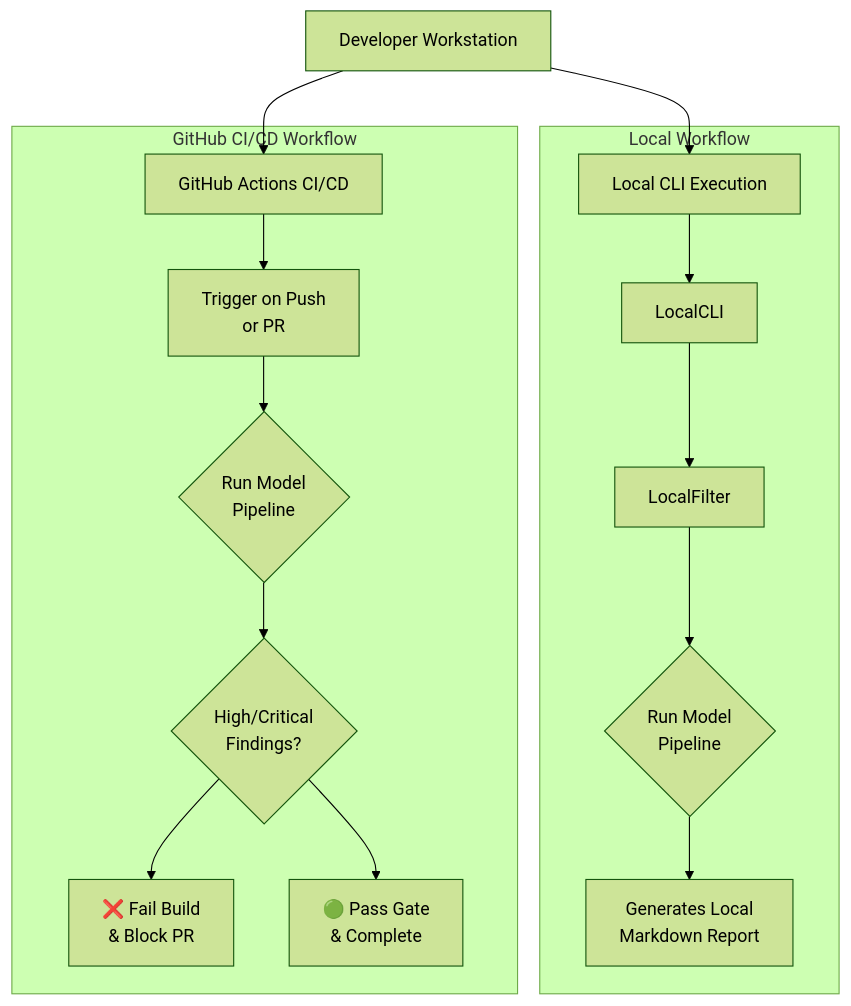
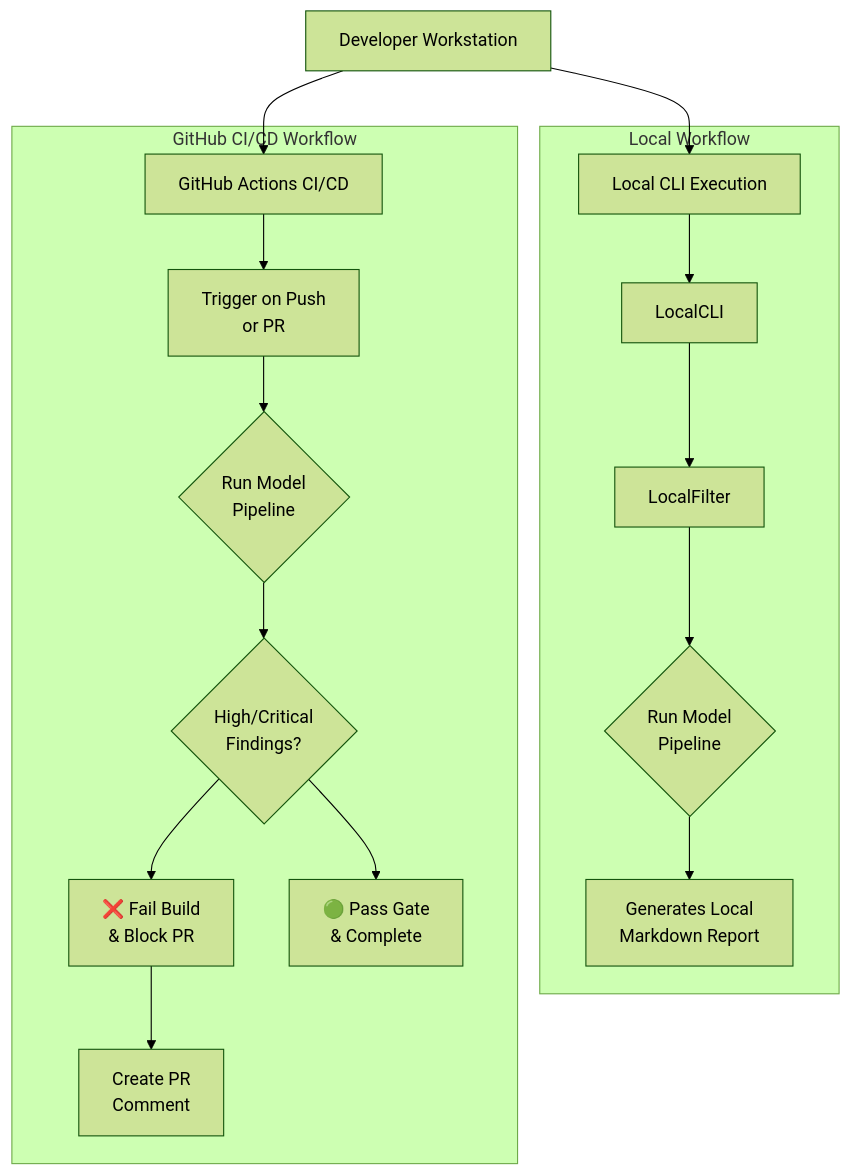
The diagram in README.md (donaldlew/Ai-Scanner), drawn with Mermaid (forest theme) before and after one commit.

````diff
--- a/README.md
+++ b/README.md
@@ -15,21 +15,22 @@
 ```mermaid
 graph TD
     Dev[Developer Workstation] --> Local[Local CLI Execution]
     Dev --> GitHub[GitHub Actions CI/CD]
 
     subgraph "Local Workflow"
         Local --> LocalCLI
         LocalCLI --> LocalFilter
         LocalFilter --> RunLocalLLM{"Run Model<br/>Pipeline"}
         RunLocalLLM --> LocalReport["Generates Local<br/>Markdown Report"]
     end
 
     subgraph "GitHub CI/CD Workflow"
         GitHub --> GHA["Trigger on Push<br/>or PR"]
         GHA --> RunGitLLM{"Run Model<br/>Pipeline"}
         RunGitLLM --> GHAGate{"High/Critical<br/>Findings?"}
         GHAGate --> Fail["❌ Fail Build<br/>& Block PR"]
         GHAGate --> Pass["🟢 Pass Gate<br/>& Complete"]
+        Fail --> Comment["Create PR<br/>Comment"]
     end
 
 ```
````
